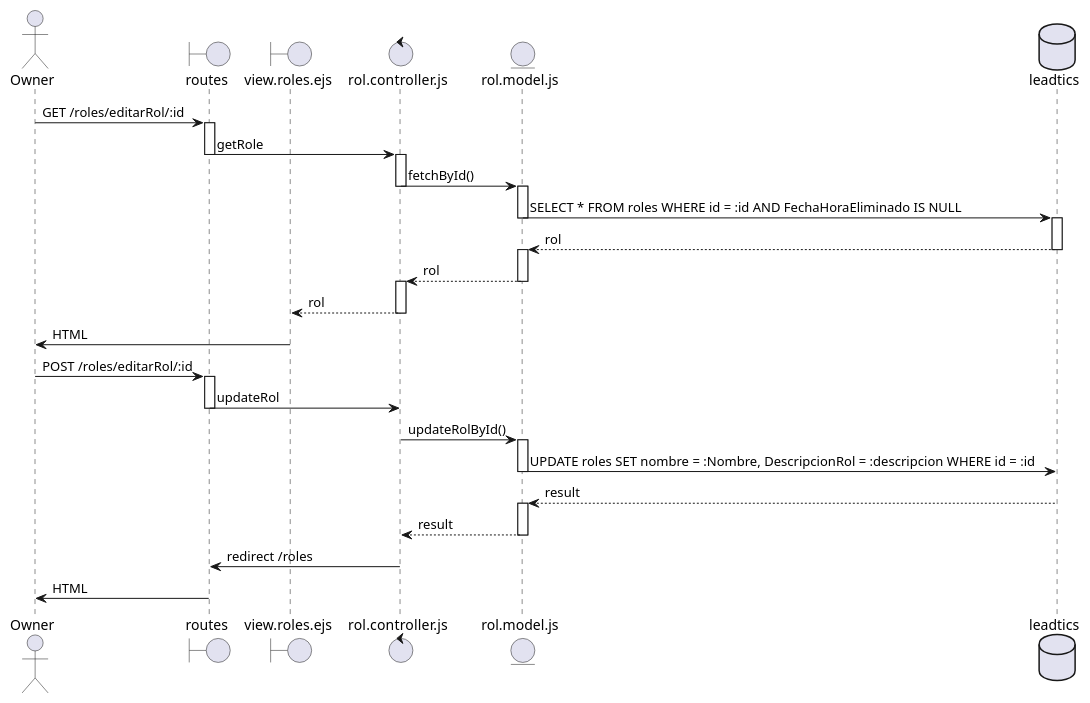
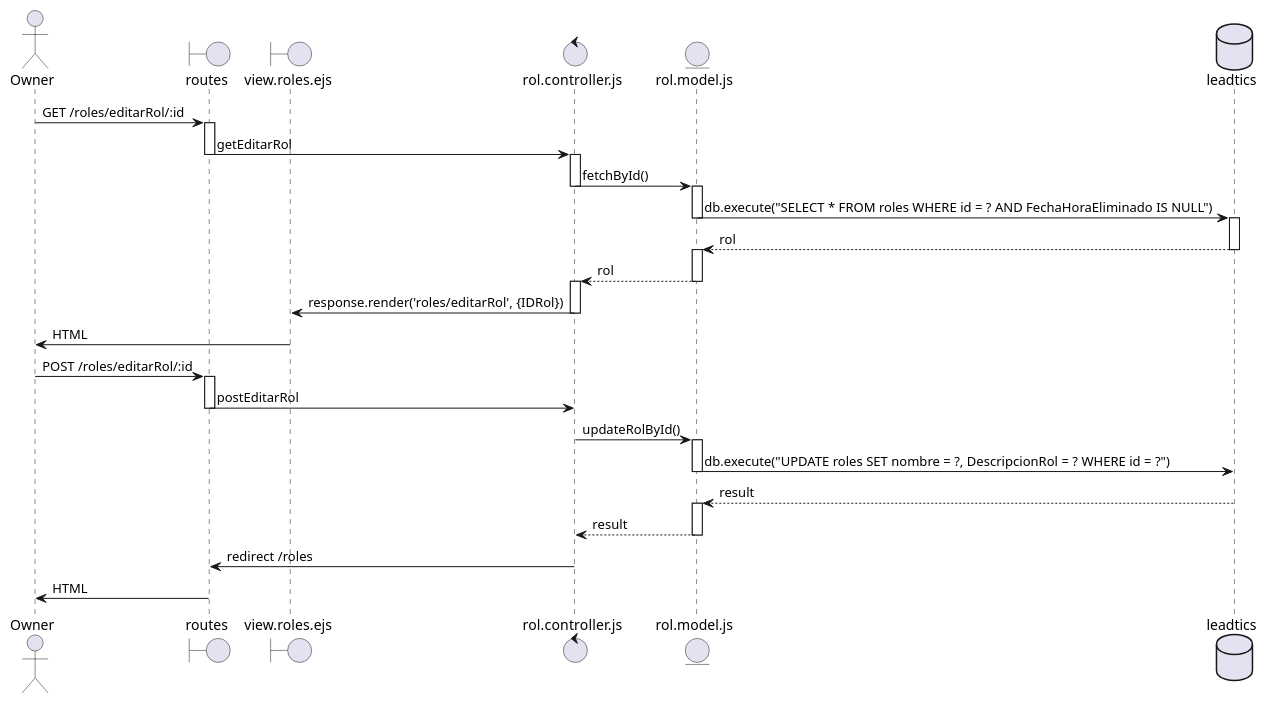
The diagram in docs/DiagramasSecuencia/CU15.wsd (DiegoGarciaPadilla/TC2005B-Leadsales), drawn with PlantUML before and after one commit. The commit also changed 1 other file, not shown here.

Commit message:
fix(diagrams): fix CU14 and CU15 sequence diagrams

```diff
--- a/docs/DiagramasSecuencia/CU15.wsd
+++ b/docs/DiagramasSecuencia/CU15.wsd
@@ -1,63 +1,63 @@
 @startuml
 
 actor Owner
 boundary routes
 boundary view.roles.ejs
 control rol.controller.js
 entity rol.model.js
 database leadtics
 
 Owner -> routes : GET /roles/editarRol/:id
 activate routes
 
-routes -> rol.controller.js : getRole
+routes -> rol.controller.js : getEditarRol
 deactivate routes
 activate rol.controller.js
 
 rol.controller.js -> rol.model.js : fetchById()
 deactivate rol.controller.js
 activate rol.model.js
 
-rol.model.js -> leadtics : SELECT * FROM roles WHERE id = :id AND FechaHoraEliminado IS NULL
+rol.model.js -> leadtics : db.execute("SELECT * FROM roles WHERE id = ? AND FechaHoraEliminado IS NULL")
 deactivate rol.model.js
 activate leadtics
 
 leadtics --> rol.model.js : rol
 deactivate leadtics
 activate rol.model.js
 
-rol.model.js --> rol.controller.js : rol
+rol.model.js --> rol.controller.js :rol
 deactivate rol.model.js
 activate rol.controller.js
 
-rol.controller.js --> view.roles.ejs : rol
+rol.controller.js -> view.roles.ejs : response.render('roles/editarRol', {IDRol})
 deactivate rol.controller.js
 
 view.roles.ejs -> Owner : HTML
 deactivate view.roles.ejs
 
 Owner -> routes : POST /roles/editarRol/:id
 activate routes
 
-routes -> rol.controller.js : updateRol
+routes -> rol.controller.js : postEditarRol
 deactivate routes
 
 rol.controller.js -> rol.model.js : updateRolById()
 activate rol.model.js
 
-rol.model.js -> leadtics : UPDATE roles SET nombre = :Nombre, DescripcionRol = :descripcion WHERE id = :id
+rol.model.js -> leadtics : db.execute("UPDATE roles SET nombre = ?, DescripcionRol = ? WHERE id = ?")
 deactivate rol.model.js
 
 leadtics --> rol.model.js : result
 activate rol.model.js
 
 rol.model.js --> rol.controller.js : result
 deactivate rol.model.js
 
 rol.controller.js -> routes : redirect /roles
 deactivate rol.controller.js
 
 routes -> Owner : HTML
 deactivate routes
 
 @enduml
```
